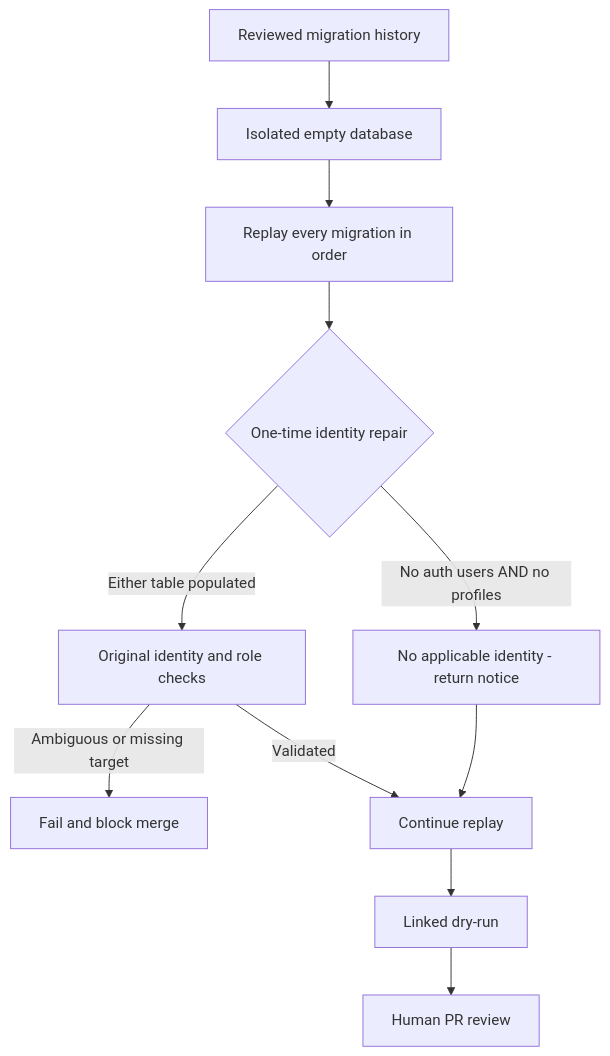
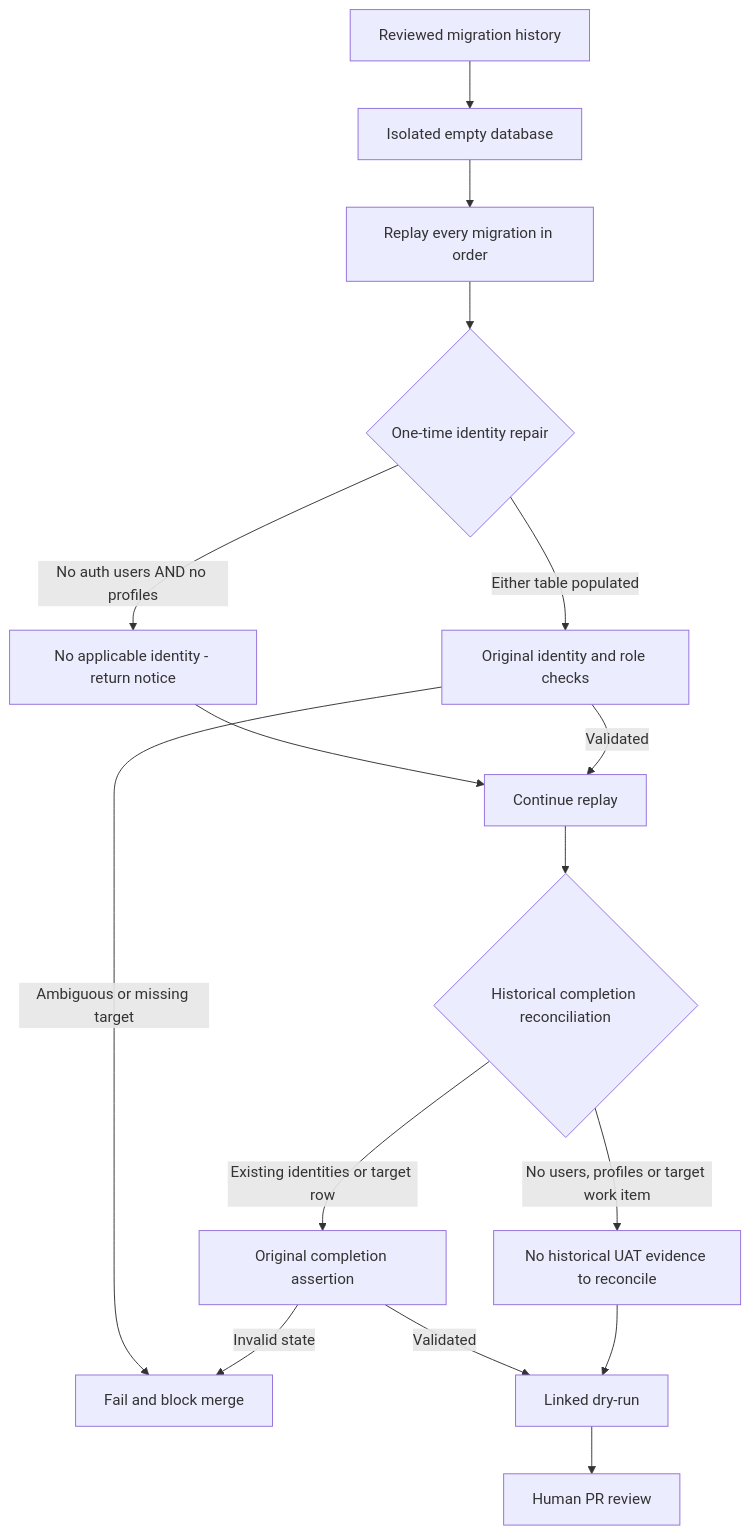
The diagram in docs/SUPABASE_REPLAY_FLOW.md (paramonjong-afk/WisdomAI), drawn with Mermaid before and after one commit. The commit also changed other lines of this file and 3 other files, not shown here.

Commit message:
fix: handle absent historical reconciliation target [SYS-CICD-001]

````diff
--- a/docs/SUPABASE_REPLAY_FLOW.md
+++ b/docs/SUPABASE_REPLAY_FLOW.md
@@ -1,13 +1,18 @@
 ```mermaid
 flowchart TD
   A[Reviewed migration history] --> B[Isolated empty database]
   B --> C[Replay every migration in order]
   C --> D{One-time identity repair}
   D -->|No auth users AND no profiles| E[No applicable identity - return notice]
   D -->|Either table populated| F[Original identity and role checks]
   F -->|Ambiguous or missing target| G[Fail and block merge]
   E --> H[Continue replay]
   F -->|Validated| H
-  H --> I[Linked dry-run]
+  H --> K{Historical completion reconciliation}
+  K -->|No users, profiles or target work item| L[No historical UAT evidence to reconcile]
+  K -->|Existing identities or target row| M[Original completion assertion]
+  M -->|Invalid state| G
+  M -->|Validated| I[Linked dry-run]
+  L --> I
   I --> J[Human PR review]
 ```
````
